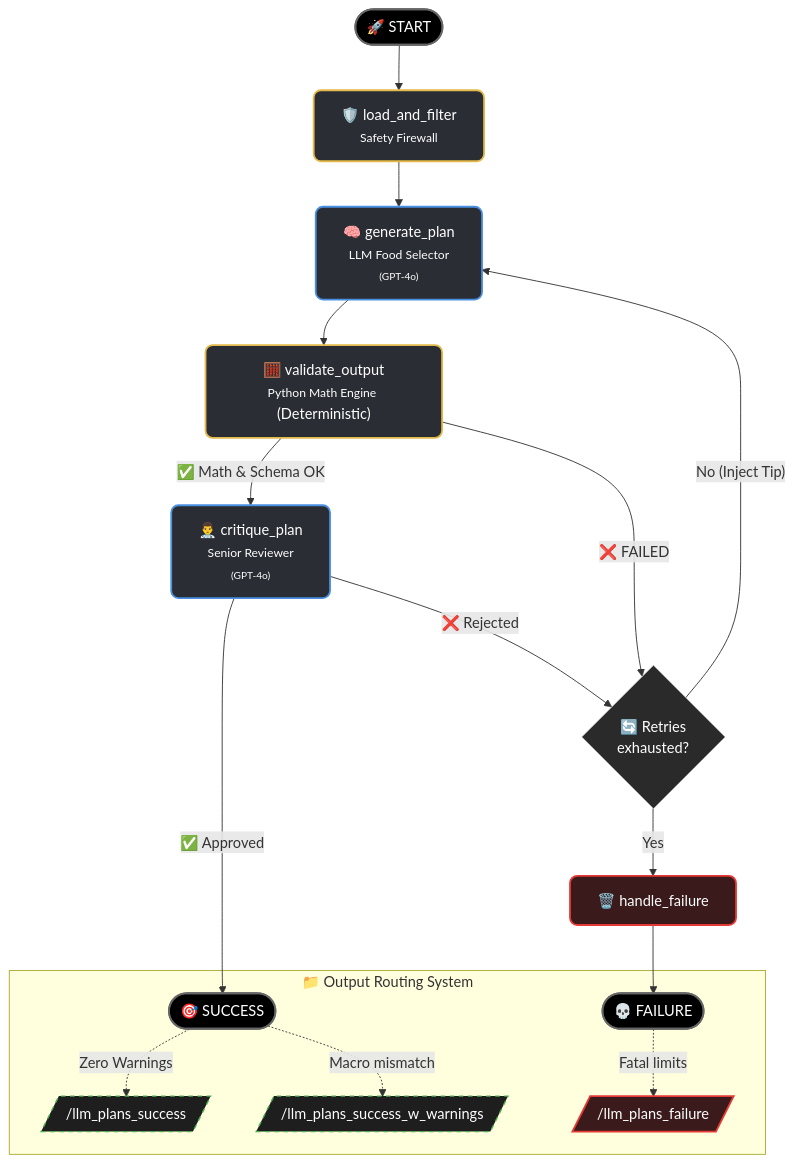
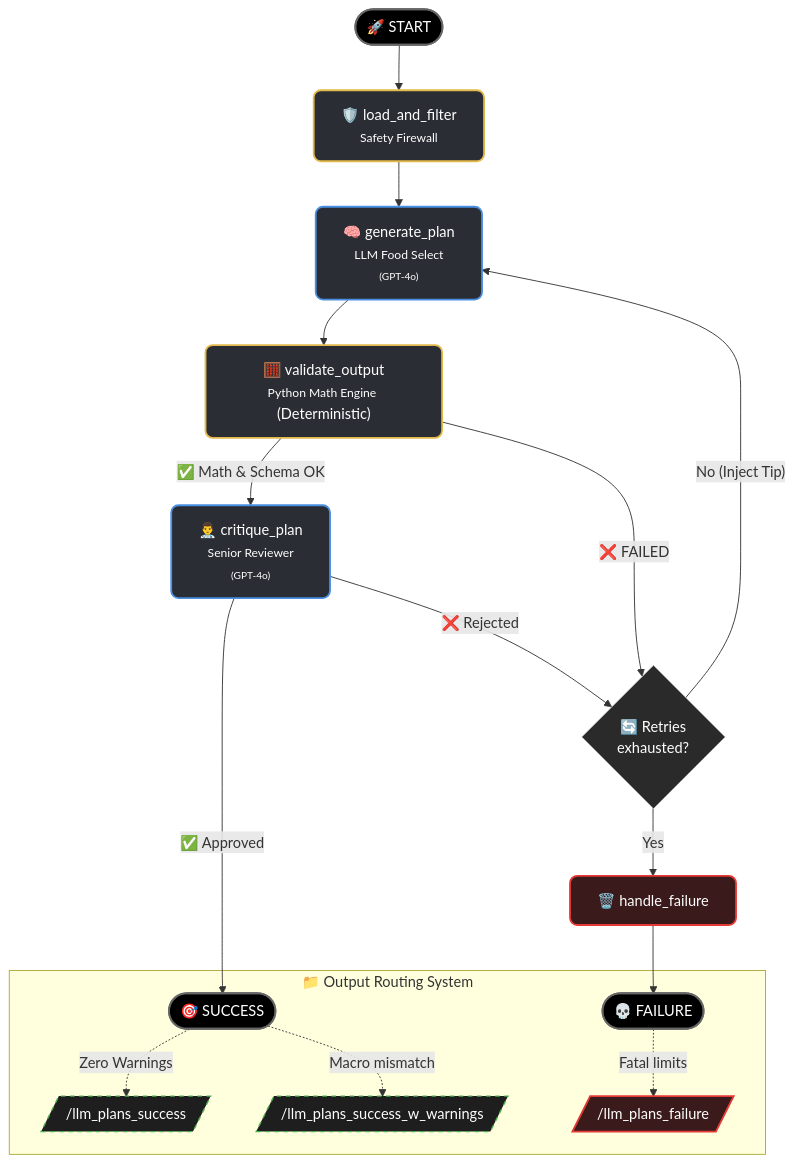
One commit to xRF06/UseCase_RodrigoRocha_Nutrium changed the diagram in README.md. Above: the diagram before and after it, drawn with Mermaid.

Commit message:
docs: update LLM node label in README flowchart

````diff
--- a/README.md
+++ b/README.md
@@ -7,35 +7,35 @@
 ```mermaid
 flowchart TD
     %% Global Styles
     classDef default fill:#1E1E1E,stroke:#444,stroke-width:1px,color:#FFF,rx:8px,ry:8px;
     classDef startEnd fill:#000000,stroke:#666,stroke-width:2px,color:#FFF,rx:20px,ry:20px;
     classDef ai fill:#2A2D34,stroke:#4A90E2,stroke-width:2px,color:#FFF;
     classDef python fill:#2A2D34,stroke:#E2B94A,stroke-width:2px,color:#FFF;
     classDef io fill:#1E1E1E,stroke:#4CAF50,stroke-width:1.5px,color:#FFF,stroke-dasharray: 5 5;
     classDef error fill:#3A1A1A,stroke:#E53935,stroke-width:2px,color:#FFF;
     classDef condition fill:#2A2A2A,stroke:#9E9E9E,stroke-width:1px,color:#FFF;
 
     %% Nodes
     START([🚀 START]):::startEnd --> FILTER["🛡️ load_and_filter<br/><small>Safety Firewall</small>"]:::python
     
-    FILTER --> GEN["🧠 generate_plan<br/><small>LLM Food Selector <br/><small>(GPT-4o)</small>"]:::ai
+    FILTER --> GEN["🧠 generate_plan<br/><small>LLM Food Select <br/><small>(GPT-4o)</small>"]:::ai
     
     GEN --> VAL["🧮 validate_output<br/><small>Python Math Engine</small> (Deterministic)"]:::python
     
     VAL -- "✅ Math & Schema OK" --> CRIT["👨‍⚕️ critique_plan<br/><small>Senior Reviewer <br/><small>(GPT-4o)</small>"]:::ai
     VAL -- "❌ FAILED" --> RETRY{"🔄 Retries<br/>exhausted?"}:::condition
     
     CRIT -- "✅ Approved" --> SUCC([🎯 SUCCESS]):::startEnd
     CRIT -- "❌ Rejected" --> RETRY
     
     RETRY -- "No (Inject Tip)" --> GEN
     RETRY -- "Yes" --> FAIL_NODE["🗑️ handle_failure"]:::error
     FAIL_NODE --> FAIL_END([💀 FAILURE]):::startEnd
 
     %% Output Routing
     subgraph Routing ["📁 Output Routing System"]
         SUCC -.->|"Zero Warnings"| J_S[/"/llm_plans_success"/]:::io
         SUCC -.->|"Macro mismatch"| J_W[/"/llm_plans_success_w_warnings"/]:::io
         FAIL_END -.->|"Fatal limits"| J_F[/"/llm_plans_failure"/]:::error
     end
 ```
````
